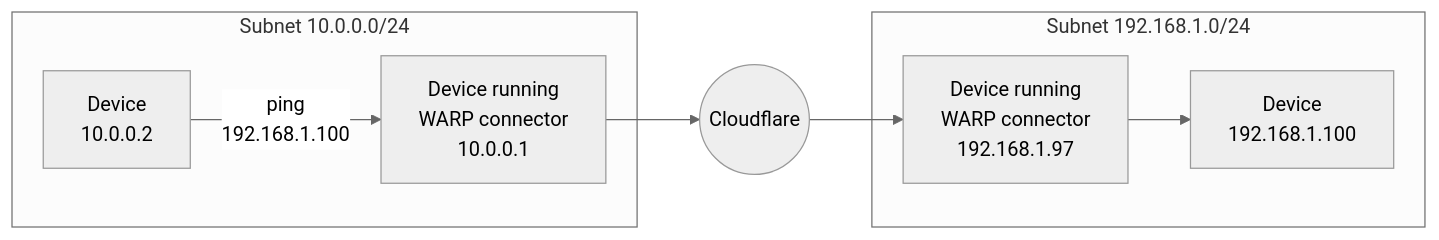
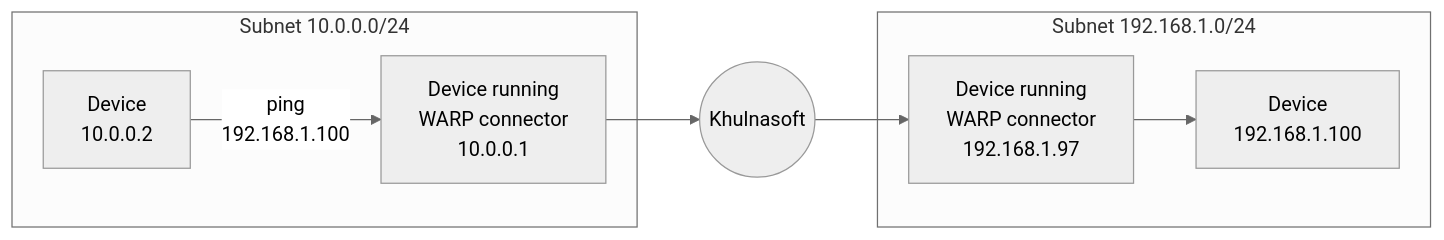
The third of 3 diagrams in content/cloudflare-one/connections/connect-networks/private-net/warp-connector.md (NxPKG/khulnasoft-docs), drawn with Mermaid (neutral theme) before and after one commit. The commit also changed other lines of this file and 2914 other files, not shown here.

````diff
--- a/content/cloudflare-one/connections/connect-networks/private-net/warp-connector.md
+++ b/content/cloudflare-one/connections/connect-networks/private-net/warp-connector.md
@@ -370,17 +370,17 @@
 ```mermaid
     flowchart LR
       subgraph subnet1[Subnet 10.0.0.0/24]
         device1["Device
         10.0.0.2"]--"ping 
         192.168.1.100"-->router1["Device running 
         WARP connector
         10.0.0.1"]
       end
       subgraph subnet2[Subnet 192.168.1.0/24]
         router2["Device running 
         WARP connector
         192.168.1.97"]-->device2["Device
         192.168.1.100"]
       end
-      router1-->C((Cloudflare))-->router2
+      router1-->C((Khulnasoft))-->router2
 ```
````
